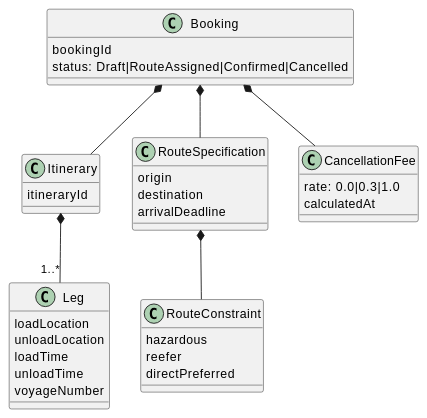
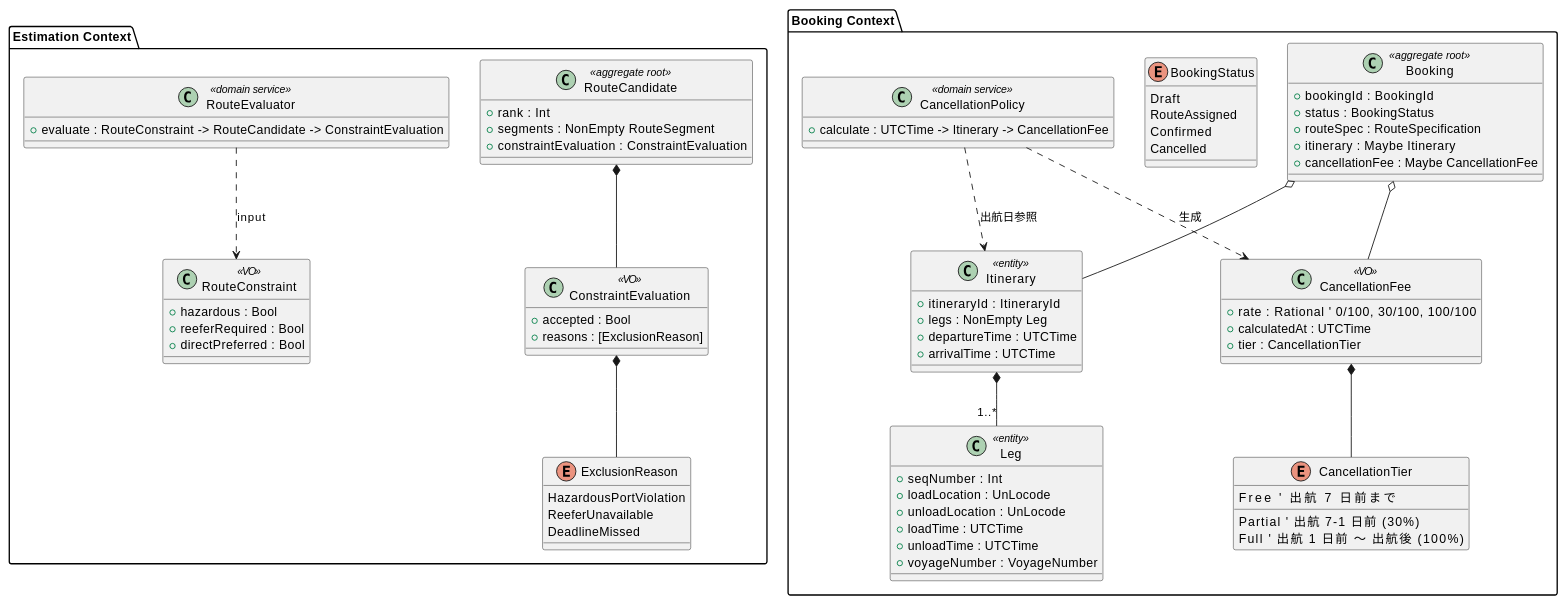
Before and after one commit to k2works/case-study-cargo-tracker: the third of 11 diagrams in docs/development/iteration_plan-4.md, drawn with PlantUML. The commit also changed other lines of this file, not shown here.

Commit message:
docs(it4): 設計セクションを iteration_plan-3.md と同等の詳細度に拡充 (ドメイン型定義 / DDL / モジュール構造 / シーケンス図 / Tx 境界 / hedgehog プロパティ / CI 統合)

````diff
--- a/docs/development/iteration_plan-4.md
+++ b/docs/development/iteration_plan-4.md
@@ -251,38 +253,80 @@
 ```plantuml
 @startuml
-class Booking {
-  bookingId
-  status: Draft|RouteAssigned|Confirmed|Cancelled
-}
-class Itinerary {
-  itineraryId
-}
-class Leg {
-  loadLocation
-  unloadLocation
-  loadTime
-  unloadTime
-  voyageNumber
-}
-class RouteSpecification {
-  origin
-  destination
-  arrivalDeadline
-}
-class CancellationFee {
-  rate: 0.0|0.3|1.0
-  calculatedAt
-}
-class RouteConstraint {
-  hazardous
-  reefer
-  directPreferred
+package "Estimation Context" {
+  class RouteCandidate <<aggregate root>> {
+    + rank : Int
+    + segments : NonEmpty RouteSegment
+    + constraintEvaluation : ConstraintEvaluation
+  }
+  class RouteConstraint <<VO>> {
+    + hazardous : Bool
+    + reeferRequired : Bool
+    + directPreferred : Bool
+  }
+  enum ExclusionReason {
+    HazardousPortViolation
+    ReeferUnavailable
+    DeadlineMissed
+  }
+  class ConstraintEvaluation <<VO>> {
+    + accepted : Bool
+    + reasons : [ExclusionReason]
+  }
+  class RouteEvaluator <<domain service>> {
+    + evaluate : RouteConstraint -> RouteCandidate -> ConstraintEvaluation
+  }
+  RouteCandidate *-- ConstraintEvaluation
+  ConstraintEvaluation *-- ExclusionReason
+  RouteEvaluator ..> RouteConstraint : input
 }
 
-Booking *-- Itinerary
-Itinerary *-- "1..*" Leg
-Booking *-- RouteSpecification
-Booking *-- CancellationFee
-RouteSpecification *-- RouteConstraint
+package "Booking Context" {
+  class Booking <<aggregate root>> {
+    + bookingId : BookingId
+    + status : BookingStatus
+    + routeSpec : RouteSpecification
+    + itinerary : Maybe Itinerary
+    + cancellationFee : Maybe CancellationFee
+  }
+  enum BookingStatus {
+    Draft
+    RouteAssigned
+    Confirmed
+    Cancelled
+  }
+  class Itinerary <<entity>> {
+    + itineraryId : ItineraryId
+    + legs : NonEmpty Leg
+    + departureTime : UTCTime
+    + arrivalTime : UTCTime
+  }
+  class Leg <<entity>> {
+    + seqNumber : Int
+    + loadLocation : UnLocode
+    + unloadLocation : UnLocode
+    + loadTime : UTCTime
+    + unloadTime : UTCTime
+    + voyageNumber : VoyageNumber
+  }
+  class CancellationFee <<VO>> {
+    + rate : Rational      ' 0/100, 30/100, 100/100
+    + calculatedAt : UTCTime
+    + tier : CancellationTier
+  }
+  enum CancellationTier {
+    Free            ' 出航 7 日前まで
+    Partial         ' 出航 7-1 日前 (30%)
+    Full            ' 出航 1 日前 〜 出航後 (100%)
+  }
+  class CancellationPolicy <<domain service>> {
+    + calculate : UTCTime -> Itinerary -> CancellationFee
+  }
+  Booking o-- Itinerary
+  Booking o-- CancellationFee
+  Itinerary *-- "1..*" Leg
+  CancellationFee *-- CancellationTier
+  CancellationPolicy ..> Itinerary : 出航日参照
+  CancellationPolicy ..> CancellationFee : 生成
+}
 @enduml
 ```
````
